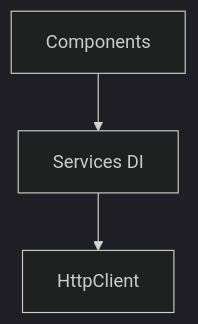
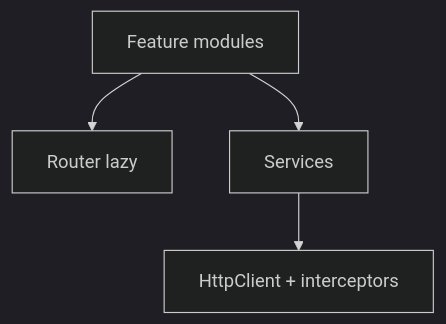
The diagram in frontend/09-angular.md (tiagocosmai/study-materials), drawn with Mermaid (dark theme) before and after one commit. The commit also changed other lines of this file and 14 other files, not shown here.

````diff
--- a/frontend/09-angular.md
+++ b/frontend/09-angular.md
@@ -7,8 +7,10 @@
 ```mermaid
 flowchart TB
-  COMP[Components]
-  SVC[Services DI]
-  HTTP[HttpClient]
-  COMP --> SVC
+  MOD[Feature modules]
+  RT[Router lazy]
+  SVC[Services]
+  HTTP[HttpClient + interceptors]
+  MOD --> RT
+  MOD --> SVC
   SVC --> HTTP
 ```
````
